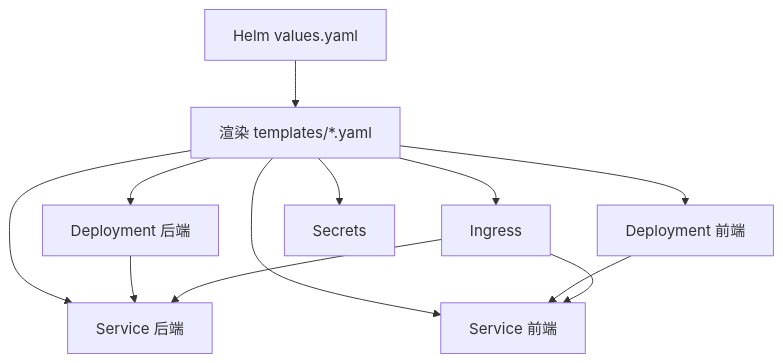
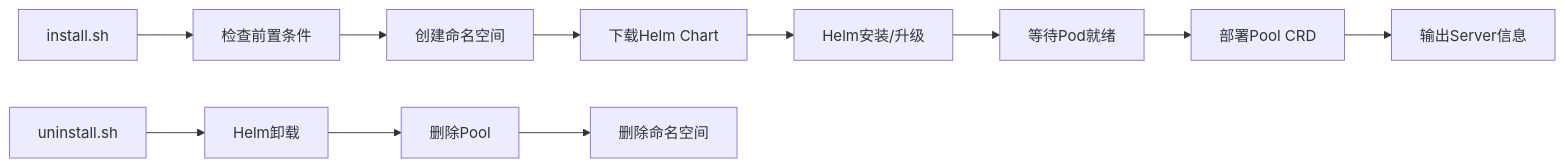
One commit to RabbitAI-Lab/Sandbox-Manager changed the third of 4 diagrams in .qoder/repowiki/zh/content/部署与运维/部署与运维.md. Above: the diagram before and after it, drawn with Mermaid. The commit also changed other lines of this file and 15 other files, not shown here.

````diff
--- a/.qoder/repowiki/zh/content/部署与运维/部署与运维.md
+++ b/.qoder/repowiki/zh/content/部署与运维/部署与运维.md
@@ -197,14 +204,13 @@
 ```mermaid
-flowchart TD
-A["Helm values.yaml"] --> B["渲染 templates/*.yaml"]
-B --> C["Deployment 后端"]
-B --> D["Deployment 前端"]
-B --> E["Service 后端"]
-B --> F["Service 前端"]
-B --> G["Ingress"]
-B --> H["Secrets"]
-C --> E
-D --> F
-G --> E
-G --> F
+flowchart LR
+A["install.sh"] --> B["检查前置条件"]
+B --> C["创建命名空间"]
+C --> D["下载Helm Chart"]
+D --> E["Helm安装/升级"]
+E --> F["等待Pod就绪"]
+F --> G["部署Pool CRD"]
+G --> H["输出Server信息"]
+I["uninstall.sh"] --> J["Helm卸载"]
+J --> K["删除Pool"]
+K --> L["删除命名空间"]
 ```
````
